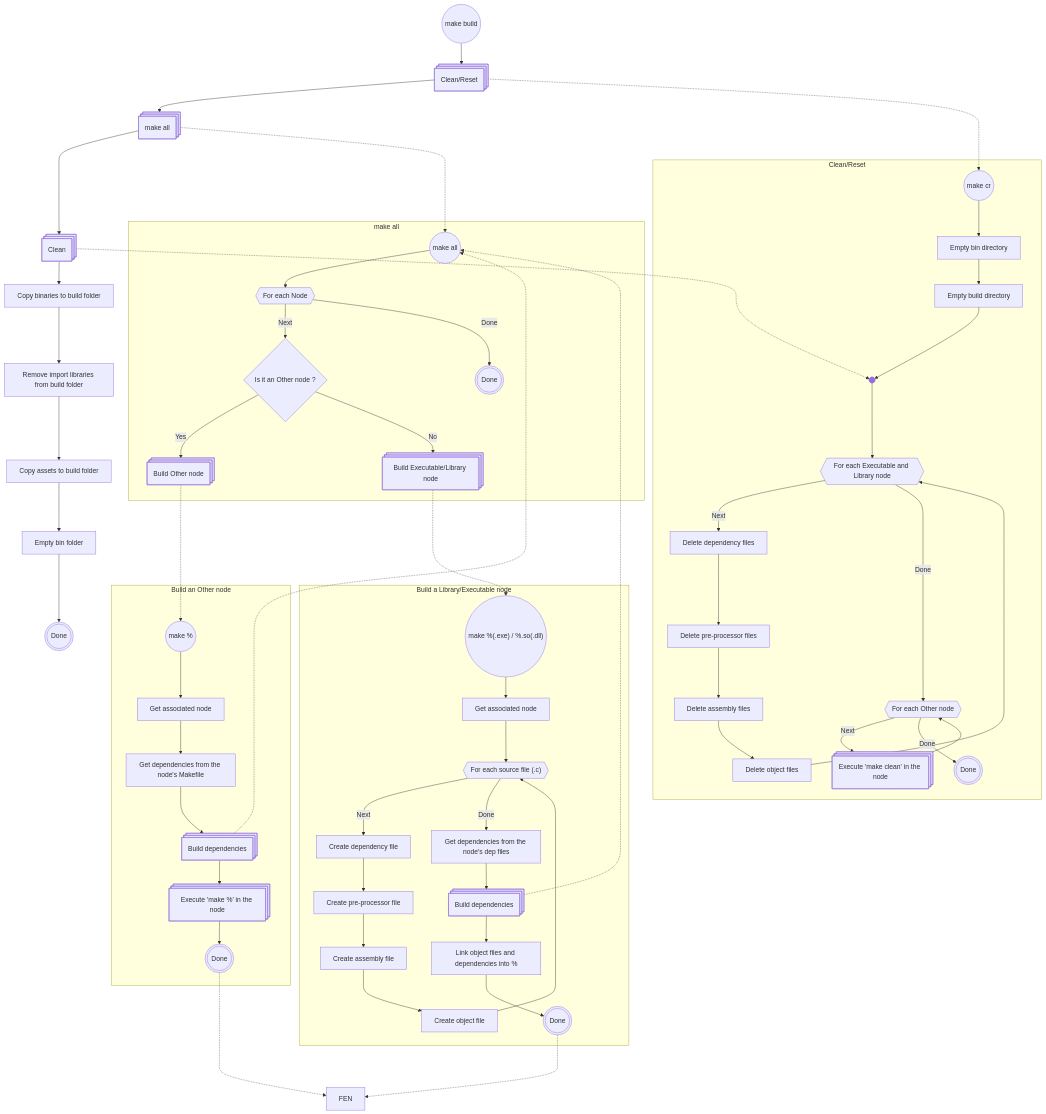
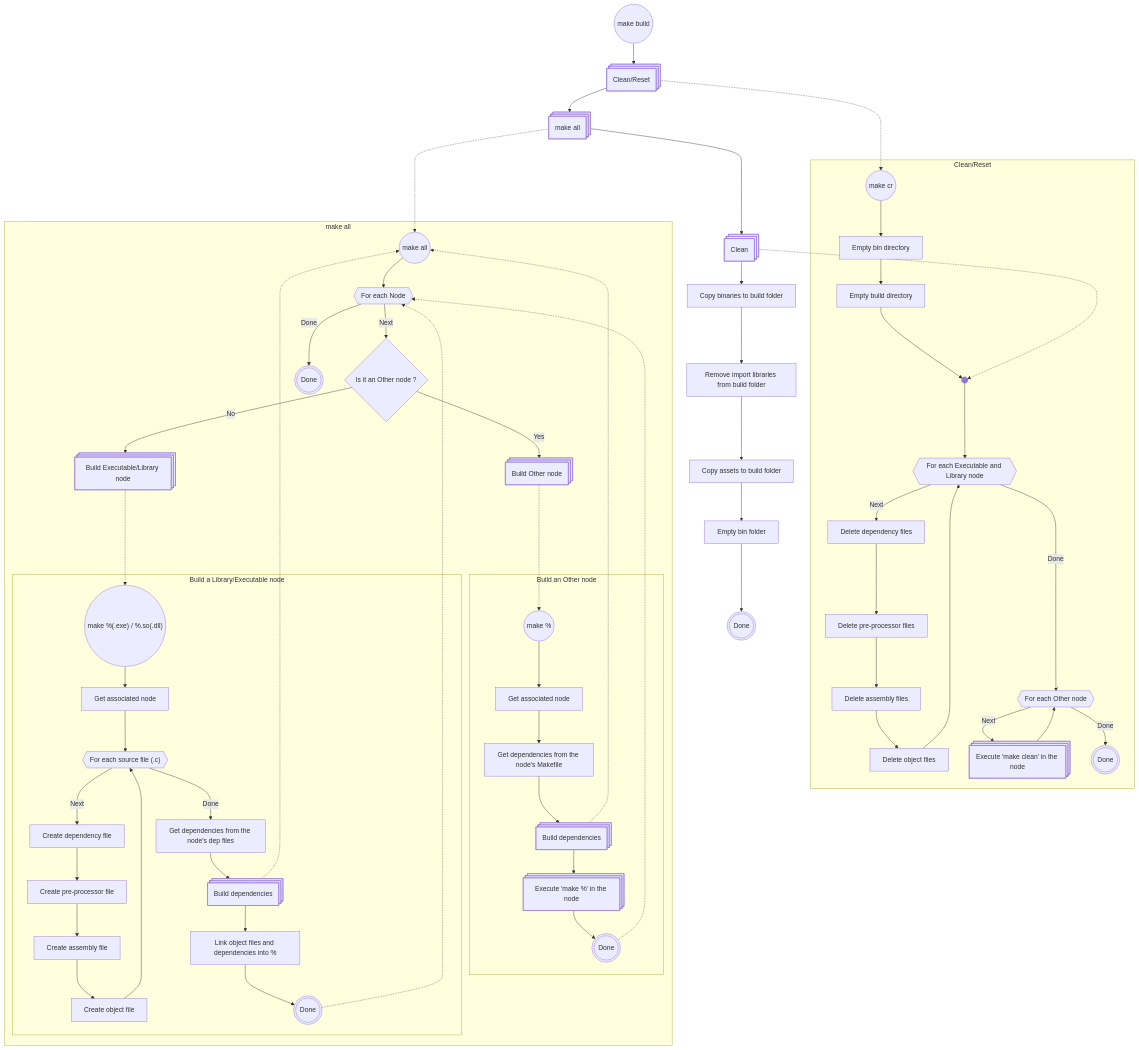
Before and after one commit to Bitwise-re/c-template: the diagram in README.md, drawn with Mermaid. The commit also changed other lines of this file, not shown here.

Commit message:
Update build process flowchart

````diff
--- a/README.md
+++ b/README.md
@@ -105,62 +105,63 @@
 ```mermaid
 flowchart TD;
     START((make build)) --> RC@{ shape: procs, label: "Clean/Reset"}
     RC --> MKA@{ shape: procs, label: "make all" }
     MKA --> CLN@{ shape: procs, label: "Clean" }
     CLN --> CPB@{ shape: proc, label: "Copy binaries to build folder" }
     CPB --> CLI@{ shape: proc, label: "Remove import libraries from build folder" }
     CLI --> CPA@{ shape: proc, label: "Copy assets to build folder" }
     CPA --> CLB@{ shape: proc, label: "Empty bin folder" }
     CLB --> END@{ shape: double-circle, label: "Done" }
     subgraph RCG [ Clean/Reset ]
         RCG_START((make cr)) --> RCG_BIN@{ shape: proc, label: "Empty bin directory" }
         RCG_BIN --> RCG_BLD@{ shape: proc, label: "Empty build directory" }
         RCG_BLD --> RCG_CLN@{ shape: f-circ, label: "Clean" }
         RCG_CLN --> RCG_FEN@{ shape: hex, label: "For each Executable and Library node" }
         RCG_FEN -->|Next| RCG_DLD@{ shape: proc, label: "Delete dependency files" }
         RCG_DLD --> RCG_DLI@{ shape: proc, label: "Delete pre-processor files" }
         RCG_DLI --> RCG_DLA@{ shape: proc, label: "Delete assembly files" }
         RCG_DLA --> RCG_DLO@{ shape: proc, label: "Delete object files" }
         RCG_DLO --> RCG_FEN
         RCG_FEN ---->|Done| RCG_FEON@{ shape: hex, label: "For each Other node" }
         RCG_FEON -->|Next| RCG_CON@{ shape: procs, label: "Execute 'make clean' in the node" }
         RCG_CON --> RCG_FEON
         RCG_FEON -->|Done| RCG_END@{ shape: double-circle, label: "Done" }
     end
     subgraph MKA_G [ make all ]
         MKA_START((make all)) --> MKA_FEN@{ shape: hex, label: "For each Node" }
         MKA_FEN -->|Next| MKA_INO@{ shape: diamond, label: "Is it an Other node ?" }
         MKA_INO -->|Yes| MKA_BON@{ shape: procs, label: "Build Other node" }
         MKA_INO -->|No| MKA_BDN@{ shape: procs, label: "Build Executable/Library node" }
         MKA_FEN -->|Done| MKA_END@{ shape: double-circle, label: "Done" }
-    end
-    subgraph MKO [ Build an Other node ]
-        MKO_START(("make %")) --> MKO_GTN@{ shape: proc, label: "Get associated node" }
-        MKO_GTN --> MKO_GTD@{ shape: proc, label: "Get dependencies from the node's Makefile" }
-        MKO_GTD --> MKO_BDD@{ shape: procs, label: "Build dependencies" }
-        MKO_BDD --> MKO_BLD@{ shape: procs, label: "Execute 'make %' in the node" }
-        MKO_BLD --> MKO_END@{ shape: double-circle, label: "Done" }
-    end
-    subgraph MKN [ Build a Library/Executable node ]
-        MKN_START(("make %(.exe) / %.so(.dll)")) --> MKN_GTN@{ shape: proc, label: "Get associated node" }
-        MKN_GTN --> MKN_FEF@{ shape: hex, label: "For each source file (.c)" }
-        MKN_FEF -->|Next| MKN_CDF@{ shape: proc, label: "Create dependency file" }
-        MKN_CDF --> MKN_CIF@{ shape: proc, label: "Create pre-processor file" }
-        MKN_CIF --> MKN_CAF@{ shape: proc, label: "Create assembly file" }
-        MKN_CAF --> MKN_COB@{ shape: proc, label: "Create object file" }
-        MKN_COB --> MKN_FEF
-        MKN_FEF -->|Done| MKN_DEP@{ shape: proc, label: "Get dependencies from the node's dep files" }
-        MKN_DEP --> MKN_BDD@{ shape: procs, label: "Build dependencies" }
-        MKN_BDD --> MKN_LNK@{ shape: proc, label: "Link object files and dependencies into %" }
-        MKN_LNK --> MKN_END@{ shape: double-circle, label: "Done" }
+    
+        subgraph MKO [ Build an Other node ]
+            MKO_START(("make %")) --> MKO_GTN@{ shape: proc, label: "Get associated node" }
+            MKO_GTN --> MKO_GTD@{ shape: proc, label: "Get dependencies from the node's Makefile" }
+            MKO_GTD --> MKO_BDD@{ shape: procs, label: "Build dependencies" }
+            MKO_BDD --> MKO_BLD@{ shape: procs, label: "Execute 'make %' in the node" }
+            MKO_BLD --> MKO_END@{ shape: double-circle, label: "Done" }
+        end
+        subgraph MKN [ Build a Library/Executable node ]
+            MKN_START(("make %(.exe) / %.so(.dll)")) --> MKN_GTN@{ shape: proc, label: "Get associated node" }
+            MKN_GTN --> MKN_FEF@{ shape: hex, label: "For each source file (.c)" }
+            MKN_FEF -->|Next| MKN_CDF@{ shape: proc, label: "Create dependency file" }
+            MKN_CDF --> MKN_CIF@{ shape: proc, label: "Create pre-processor file" }
+            MKN_CIF --> MKN_CAF@{ shape: proc, label: "Create assembly file" }
+            MKN_CAF --> MKN_COB@{ shape: proc, label: "Create object file" }
+            MKN_COB --> MKN_FEF
+            MKN_FEF -->|Done| MKN_DEP@{ shape: proc, label: "Get dependencies from the node's dep files" }
+            MKN_DEP --> MKN_BDD@{ shape: procs, label: "Build dependencies" }
+            MKN_BDD --> MKN_LNK@{ shape: proc, label: "Link object files and dependencies into %" }
+            MKN_LNK --> MKN_END@{ shape: double-circle, label: "Done" }
+        end
+        MKA_BON -..-> MKO_START
+        MKA_BDN -..-> MKN_START
+        MKO_BDD -..-> MKA_START
+        MKN_BDD -..-> MKA_START
+        MKN_END -..-> MKA_FEN
+        MKO_END -..-> MKA_FEN
     end
     RC -..-> RCG_START
     CLN -..-> RCG_CLN
     MKA -..-> MKA_START
-    MKA_BON -..-> MKO_START
-    MKA_BDN -..-> MKN_START
-    MKO_BDD -..-> MKA_START
-    MKN_BDD -..-> MKA_START
-    MKN_END -..-> FEN
-    MKO_END -..-> FEN
 ```
````
